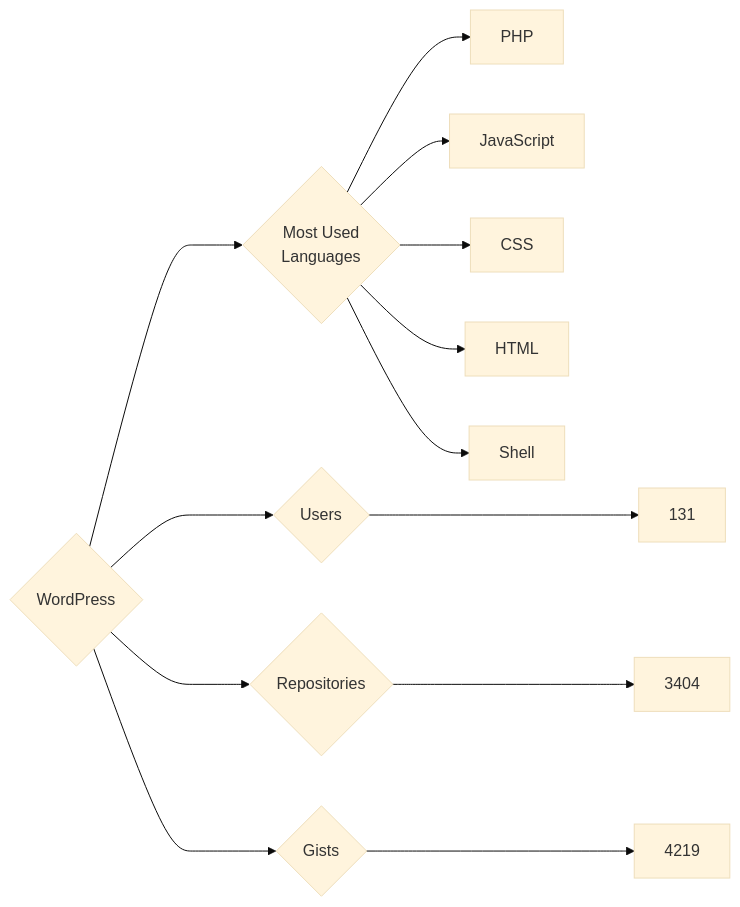
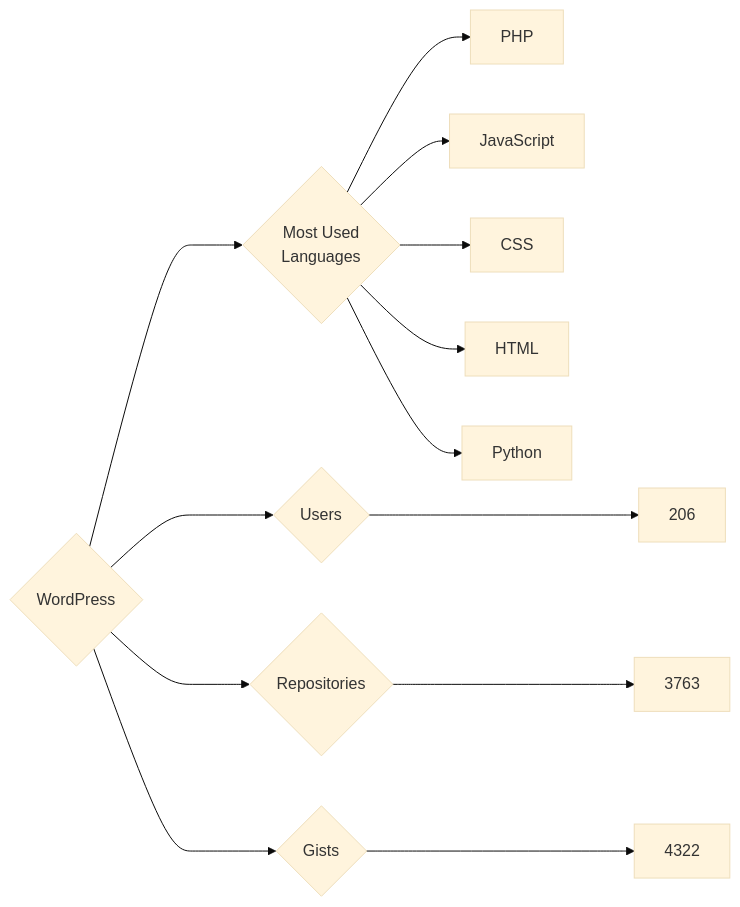
One commit to trickest/insiders changed the diagram in targets/WordPress/README.md. Above: the diagram before and after it, drawn with Mermaid (base theme). The commit also changed 953 other files, not shown here.

````diff
--- a/targets/WordPress/README.md
+++ b/targets/WordPress/README.md
@@ -3,13 +3,13 @@
 ```mermaid
 graph LR
 COMPANY_NAME{WordPress}
-COMPANY_NAME ---> U{Users} ---> UN[131]
-COMPANY_NAME ---> R{Repositories} ---> RN[3404]
-COMPANY_NAME ---> G{Gists} ---> GN[4219]
+COMPANY_NAME ---> U{Users} ---> UN[206]
+COMPANY_NAME ---> R{Repositories} ---> RN[3763]
+COMPANY_NAME ---> G{Gists} ---> GN[4322]
 COMPANY_NAME ---> ML{Most Used<br>Languages}
 ML --> PHP[PHP]
 ML --> JavaScript[JavaScript]
 ML --> CSS[CSS]
 ML --> HTML[HTML]
-ML --> Shell[Shell]
+ML --> Python[Python]
 ```
````
